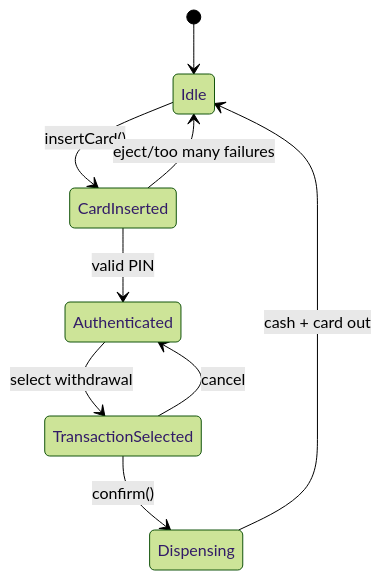
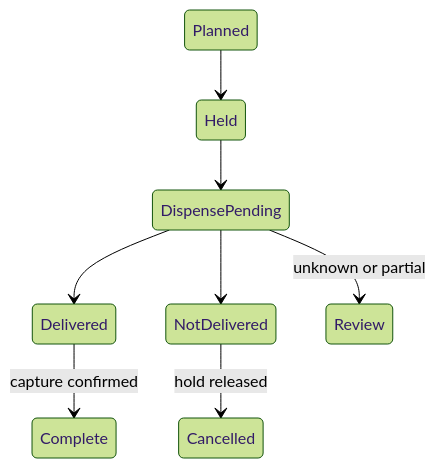
The diagram in low-level-design/atm-machine.md (Anilinfo2015/anilinfo2015.github.io), drawn with Mermaid (forest theme) before and after one commit. The commit also changed other lines of this file and 58 other files, not shown here.

````diff
--- a/low-level-design/atm-machine.md
+++ b/low-level-design/atm-machine.md
@@ -161,11 +28,10 @@
 ```mermaid
 stateDiagram-v2
-    [*] --> Idle
-    Idle --> CardInserted: insertCard()
-    CardInserted --> Authenticated: valid PIN
-    CardInserted --> Idle: eject/too many failures
-    Authenticated --> TransactionSelected: select withdrawal
-    TransactionSelected --> Dispensing: confirm()
-    Dispensing --> Idle: cash + card out
-    TransactionSelected --> Authenticated: cancel
+    Planned --> Held
+    Held --> DispensePending
+    DispensePending --> Delivered
+    DispensePending --> NotDelivered
+    DispensePending --> Review: unknown or partial
+    Delivered --> Complete: capture confirmed
+    NotDelivered --> Cancelled: hold released
 ```
````
